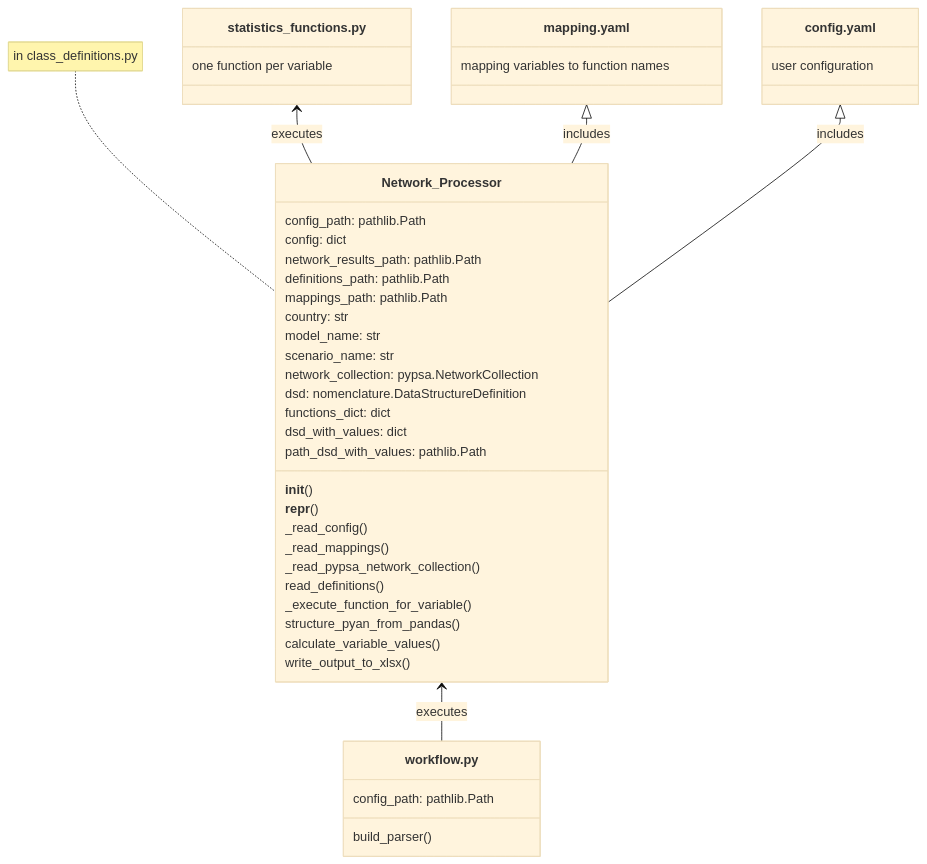
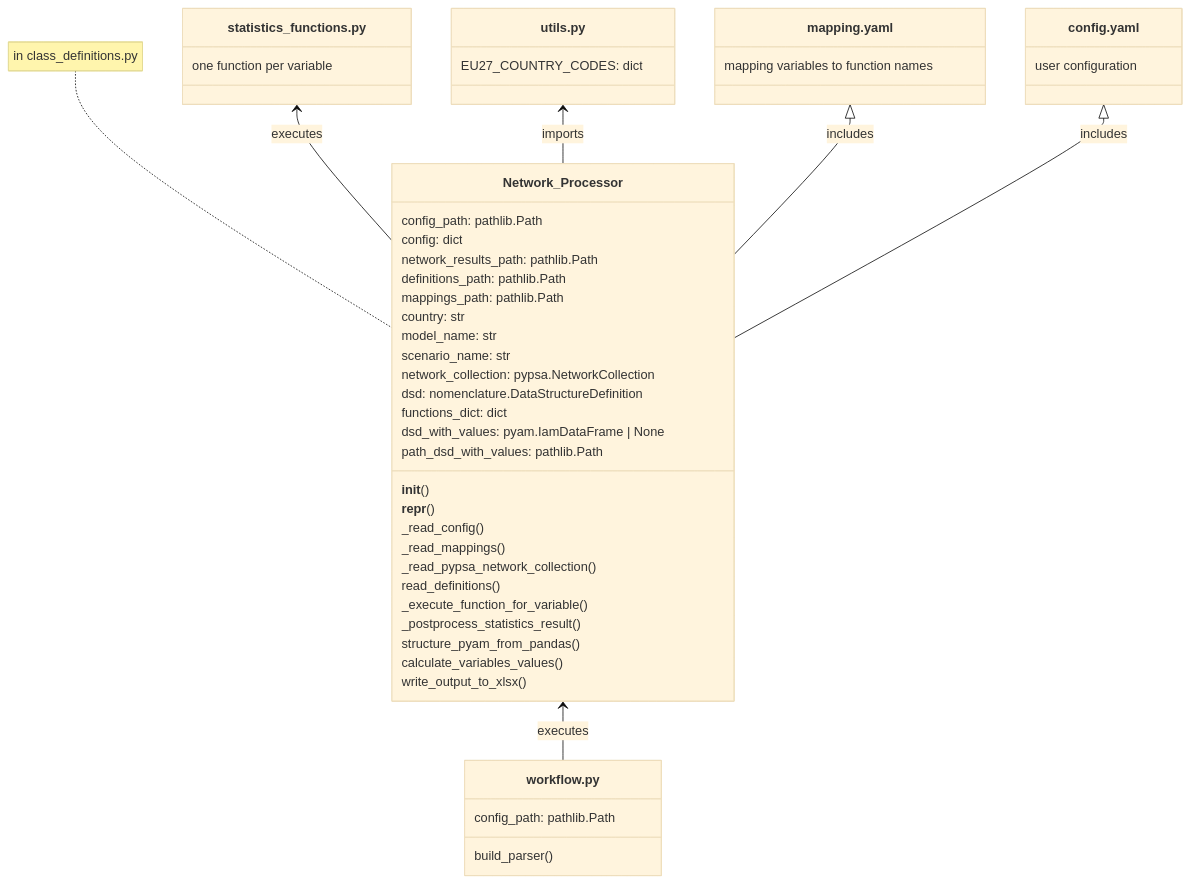
Before and after one commit to maxnutz/pypsa_validation_processing: the diagram in .github/copilot-instructions.md, drawn with Mermaid (base theme). The commit also changed 4 other files, not shown here.

Commit message:
sanitary-issues: create utils.py, integrate EU27 country codes, add README docs, fix copilot-instructions Code Structure

````diff
--- a/.github/copilot-instructions.md
+++ b/.github/copilot-instructions.md
@@ -11,52 +11,58 @@
 ```mermaid
 classDiagram
     class workflow.py{
         config_path: pathlib.Path
         build_parser()
     }
 
     class statistics_functions.py{
         one function per variable
+    }
+
+    class utils.py{
+        EU27_COUNTRY_CODES: dict
     }
 
     class mapping.yaml{
         mapping variables to function names
     }
 
     class config.yaml{
         user configuration
     }
 
     Network_Processor <-- workflow.py : executes
     statistics_functions.py <-- Network_Processor : executes
+    utils.py <-- Network_Processor : imports
     mapping.yaml <|-- Network_Processor : includes
     config.yaml <|-- Network_Processor : includes
 
     class Network_Processor{
         config_path: pathlib.Path
         config: dict
         network_results_path: pathlib.Path
         definitions_path: pathlib.Path
         mappings_path: pathlib.Path
         country: str
         model_name: str
         scenario_name: str
         network_collection: pypsa.NetworkCollection
         dsd: nomenclature.DataStructureDefinition
         functions_dict: dict
-        dsd_with_values: dict
+        dsd_with_values: pyam.IamDataFrame | None
         path_dsd_with_values: pathlib.Path
 
         __init__()
         __repr__()
         _read_config()
         _read_mappings()
         _read_pypsa_network_collection()
         read_definitions()
         _execute_function_for_variable()
-        structure_pyan_from_pandas()
-        calculate_variable_values()
+        _postprocess_statistics_result()
+        structure_pyam_from_pandas()
+        calculate_variables_values()
         write_output_to_xlsx()
     }
     note for Network_Processor "in class_definitions.py"
 ```
````
